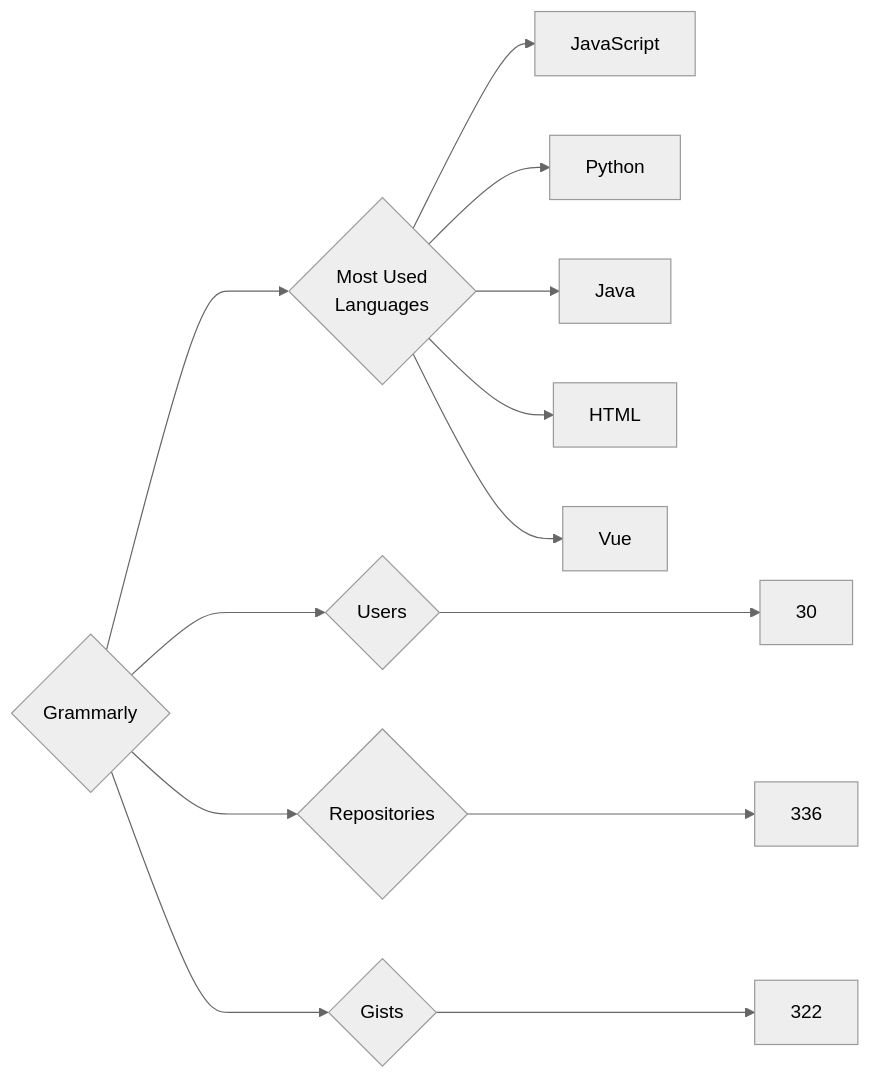
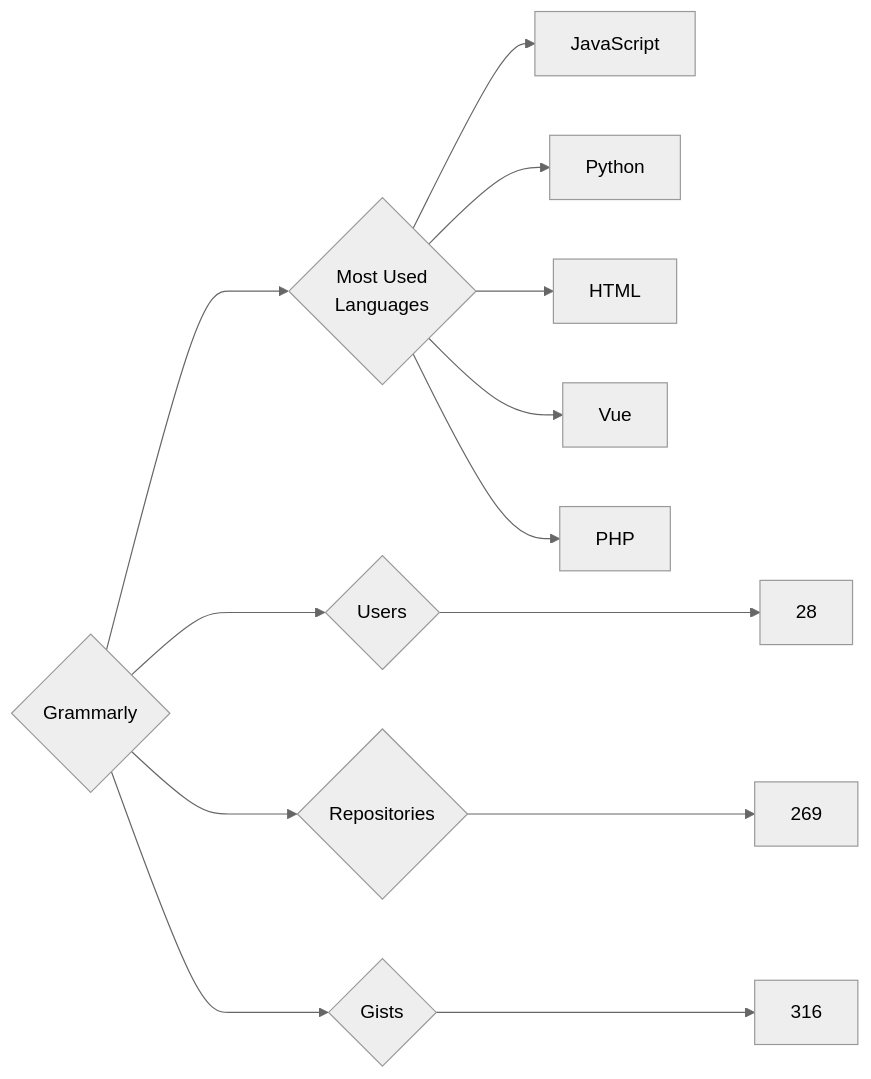
Before and after one commit to trickest/insiders: the diagram in targets/Grammarly/README.md, drawn with Mermaid (neutral theme). The commit also changed 775 other files, not shown here.

````diff
--- a/targets/Grammarly/README.md
+++ b/targets/Grammarly/README.md
@@ -3,13 +3,13 @@
 ```mermaid
 graph LR
 COMPANY_NAME{Grammarly}
-COMPANY_NAME ---> U{Users} ---> UN[30]
-COMPANY_NAME ---> R{Repositories} ---> RN[336]
-COMPANY_NAME ---> G{Gists} ---> GN[322]
+COMPANY_NAME ---> U{Users} ---> UN[28]
+COMPANY_NAME ---> R{Repositories} ---> RN[269]
+COMPANY_NAME ---> G{Gists} ---> GN[316]
 COMPANY_NAME ---> ML{Most Used<br>Languages}
 ML --> JavaScript[JavaScript]
 ML --> Python[Python]
-ML --> Java[Java]
 ML --> HTML[HTML]
 ML --> Vue[Vue]
+ML --> PHP[PHP]
 ```
````
